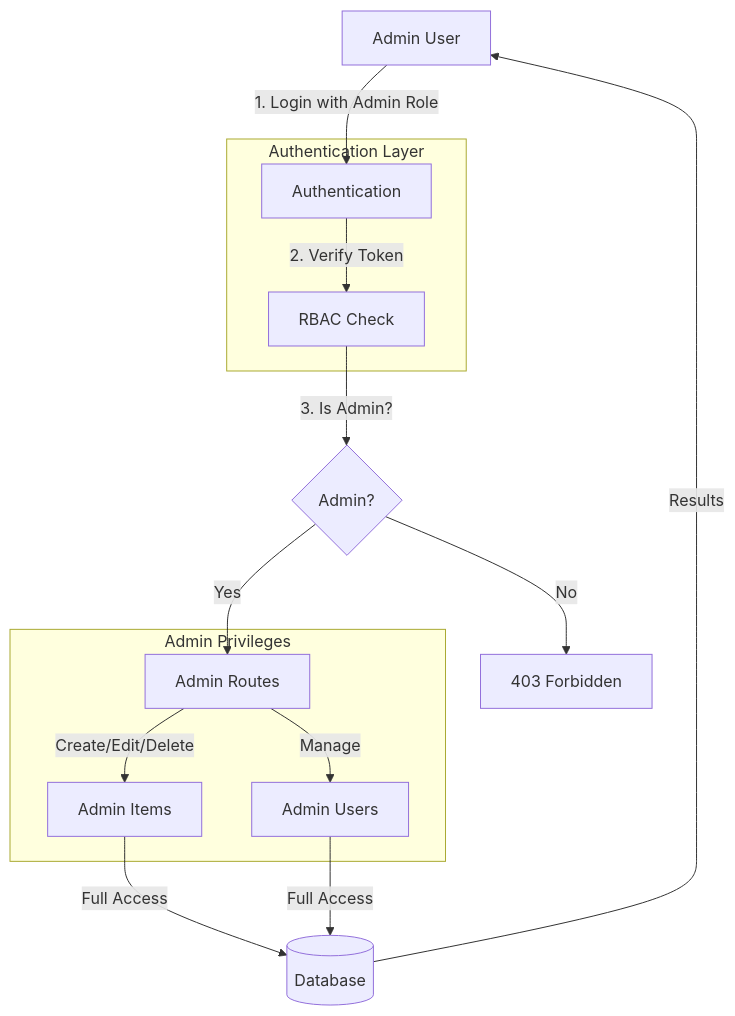
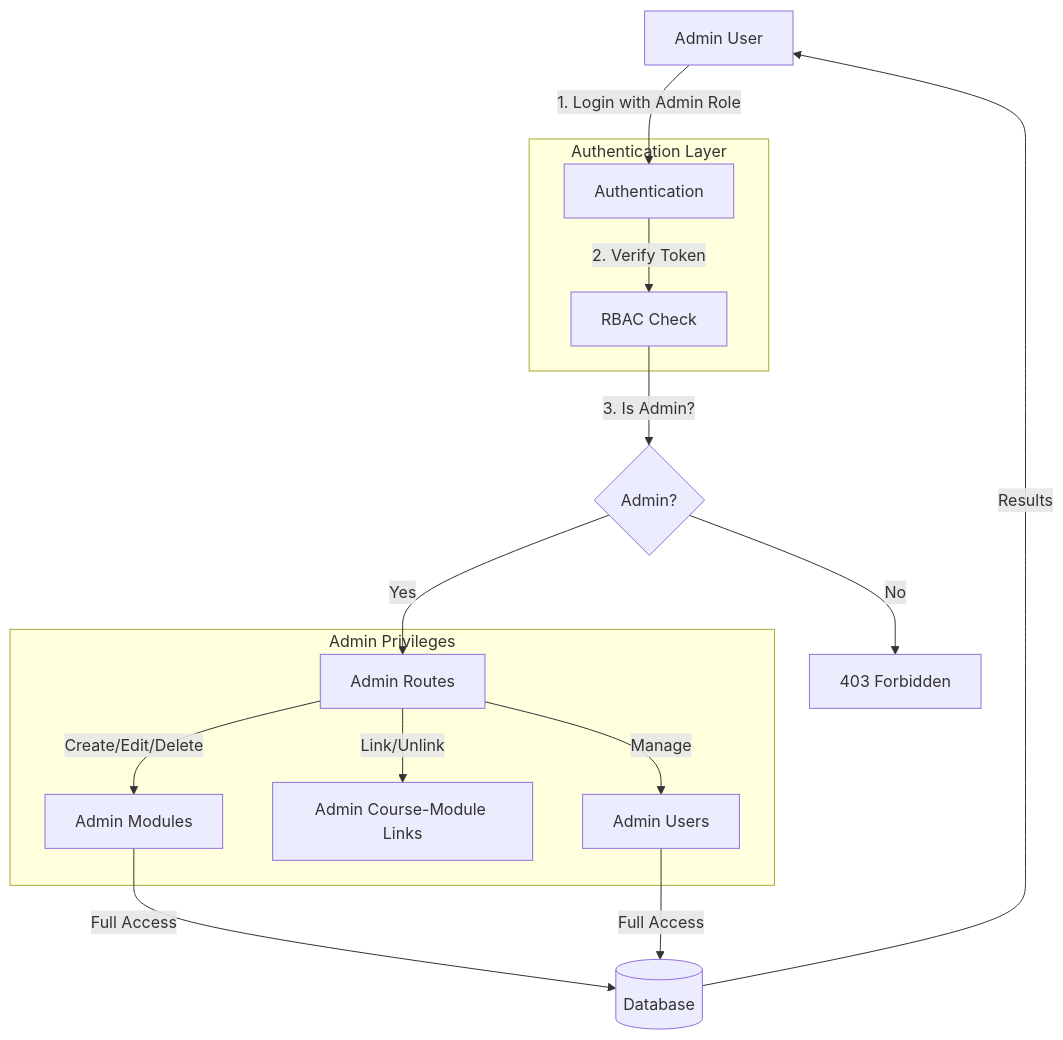
The second of 4 diagrams in SYSTEM_OVERVIEW.md (Sarwarhridoy4/StudyVault), drawn with Mermaid before and after one commit. The commit also changed other lines of this file and 36 other files, not shown here.

First line of the commit message:
Refactor: study→course, item→module with linking capability

````diff
--- a/SYSTEM_OVERVIEW.md
+++ b/SYSTEM_OVERVIEW.md
@@ -109,24 +117,25 @@
 ```mermaid
 graph TD
     AD[Admin User] -->|1. Login with Admin Role| AUTH[Authentication]
     AUTH -->|2. Verify Token| RBAC[RBAC Check]
     
     subgraph "Authentication Layer"
     AUTH
     RBAC
     end
     
     RBAC -->|3. Is Admin?| YES{Admin?}
     YES -->|Yes| ADMIN[Admin Routes]
     YES -->|No| DENY[403 Forbidden]
     
     subgraph "Admin Privileges"
-    ADMIN -->|Create/Edit/Delete| AI[Admin Items]
+    ADMIN -->|Create/Edit/Delete| AI[Admin Modules]
+    ADMIN -->|Link/Unlink| AC[Admin Course-Module Links]
     ADMIN -->|Manage| AU[Admin Users]
     end
     
     AI -->|Full Access| DB[(Database)]
     AU -->|Full Access| DB
     
     DB -->|Results| AD
 ```
````
